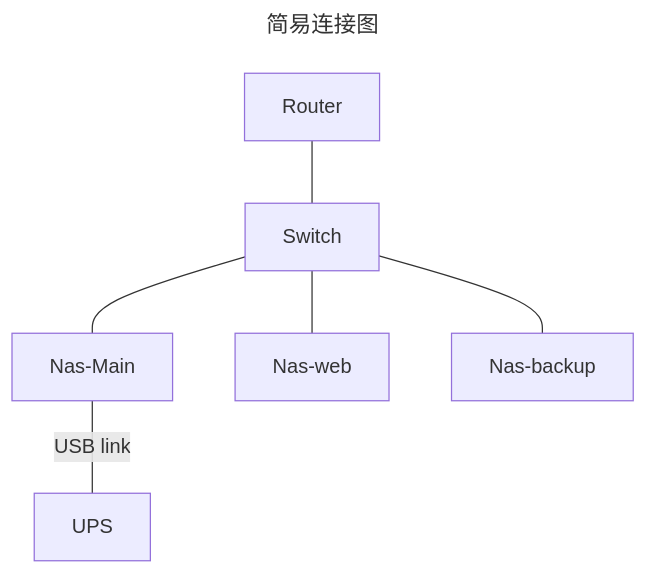
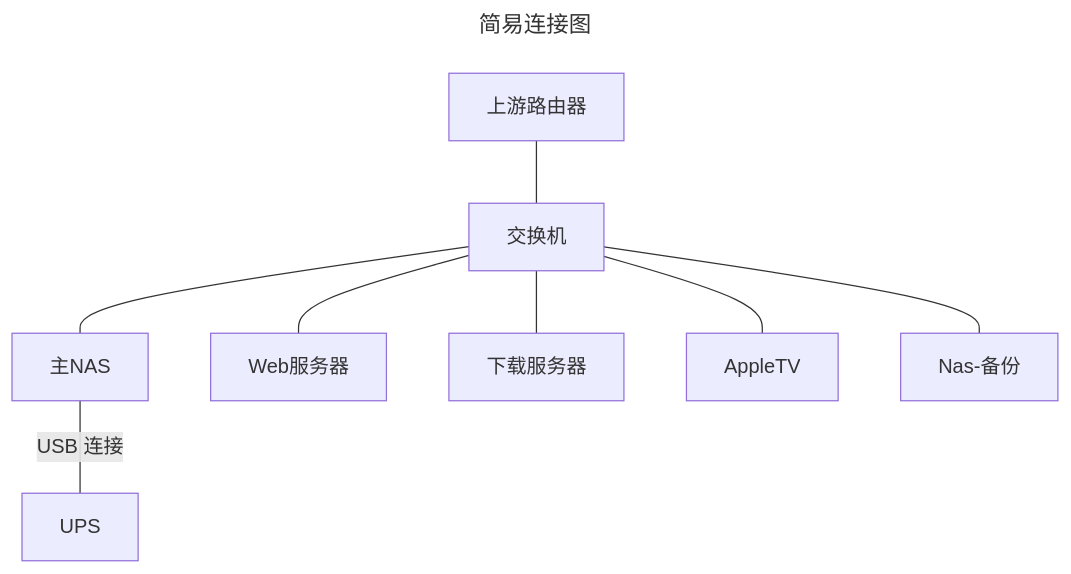
The diagram in content/posts/2024/06/04/ugos-pro-access-to-ups-server.md (tailwoodencat/blog-sinlov), drawn with Mermaid before and after one commit. The commit also changed other lines of this file, not shown here.

First line of the commit message:
docs(ups): update network ups server configuration guide

````diff
--- a/content/posts/2024/06/04/ugos-pro-access-to-ups-server.md
+++ b/content/posts/2024/06/04/ugos-pro-access-to-ups-server.md
@@ -27,11 +27,13 @@
 ```mermaid
 ---
 title: 简易连接图
 ---
 graph TD;
-    Router---Switch;
-    Switch---Nas-Main;
-    Nas-Main---|USB link|UPS;
-    Switch---Nas-web;
-    Switch---Nas-backup;
+    上游路由器---交换机;
+    交换机---主NAS;
+    主NAS---|USB 连接|UPS;
+    交换机---Web服务器;
+    交换机---下载服务器;
+    交换机---AppleTV;
+    交换机---Nas-备份;
 ```
````
